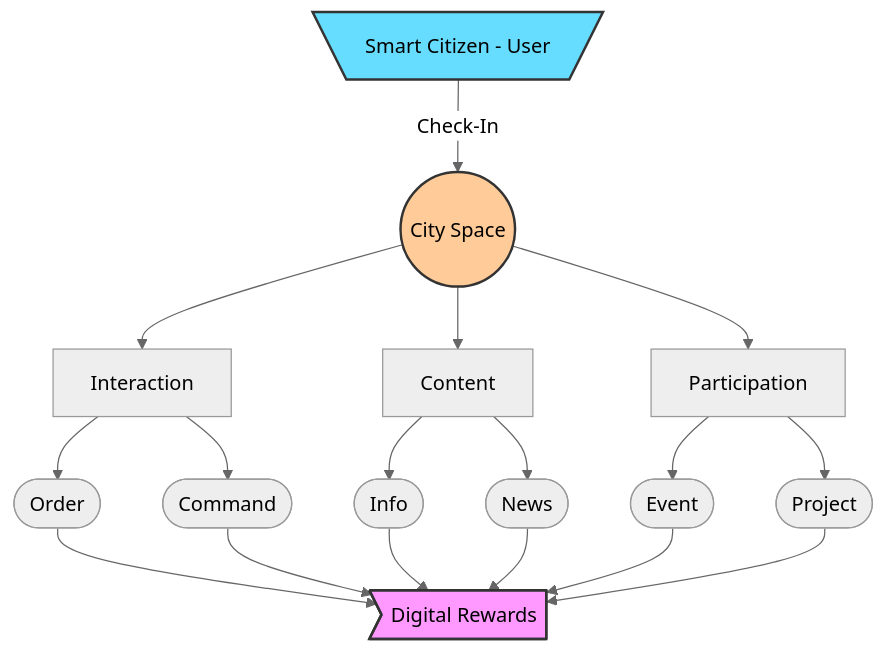
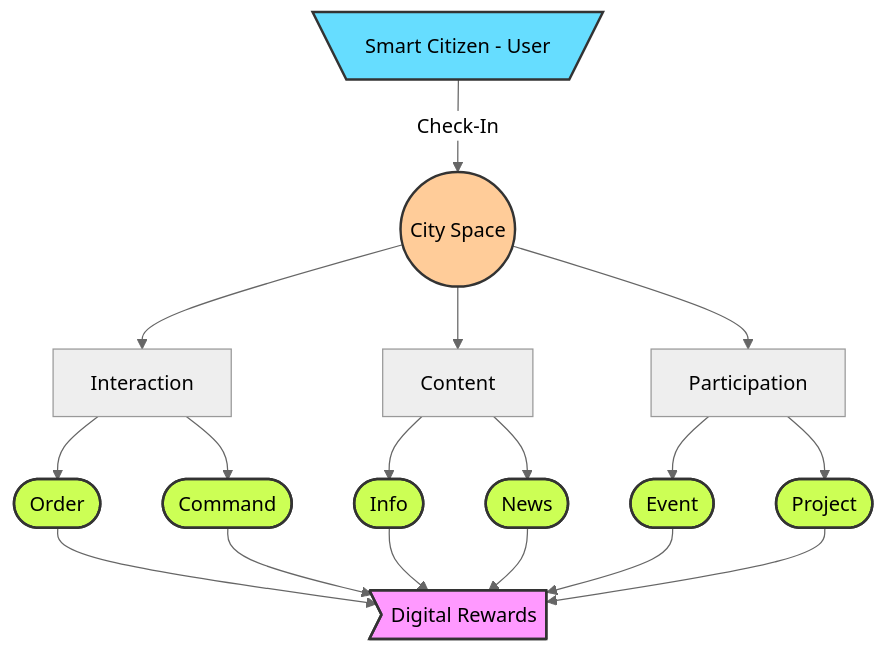
The second of 2 diagrams in pages/elements/city-spaces.md (cityos-work/cityos-dev), drawn with Mermaid (neutral theme) before and after one commit.

````diff
--- a/pages/elements/city-spaces.md
+++ b/pages/elements/city-spaces.md
@@ -33,24 +33,30 @@
 ```mermaid
 graph TB;
     USER[\Smart Citizen - User/]-- Check-In -->SPACE((City Space));
     SPACE-->INTERACTION[Interaction];
     SPACE-->CONTENT[Content];
     SPACE-->PARTICIPATION[Participation];
     
     INTERACTION-->ORDER([Order]);
     INTERACTION-->COMMAND([Command]);
     CONTENT-->INFO([Info]);
     CONTENT-->NEWS([News]);
     PARTICIPATION-->EVENT([Event]);
     PARTICIPATION-->PROJECT([Project]);
     ORDER-->REWARD>Digital Rewards];
     COMMAND-->REWARD;
     INFO-->REWARD;
     NEWS-->REWARD;
     EVENT-->REWARD;
     PROJECT-->REWARD;
     
     style USER fill:#6df,stroke:#333,stroke-width:2px
     style SPACE fill:#fc9,stroke:#333,stroke-width:2px
+    style ORDER fill:#CF5, stroke:#333,stroke-width:2px
+    style COMMAND fill:#CF5, stroke:#333,stroke-width:2px
+    style INFO fill:#CF5, stroke:#333,stroke-width:2px
+    style NEWS fill:#CF5, stroke:#333,stroke-width:2px
+    style EVENT fill:#CF5, stroke:#333,stroke-width:2px
+    style PROJECT fill:#CF5, stroke:#333,stroke-width:2px
     style REWARD fill:#f9f,stroke:#333,stroke-width:2px
 ```
````
